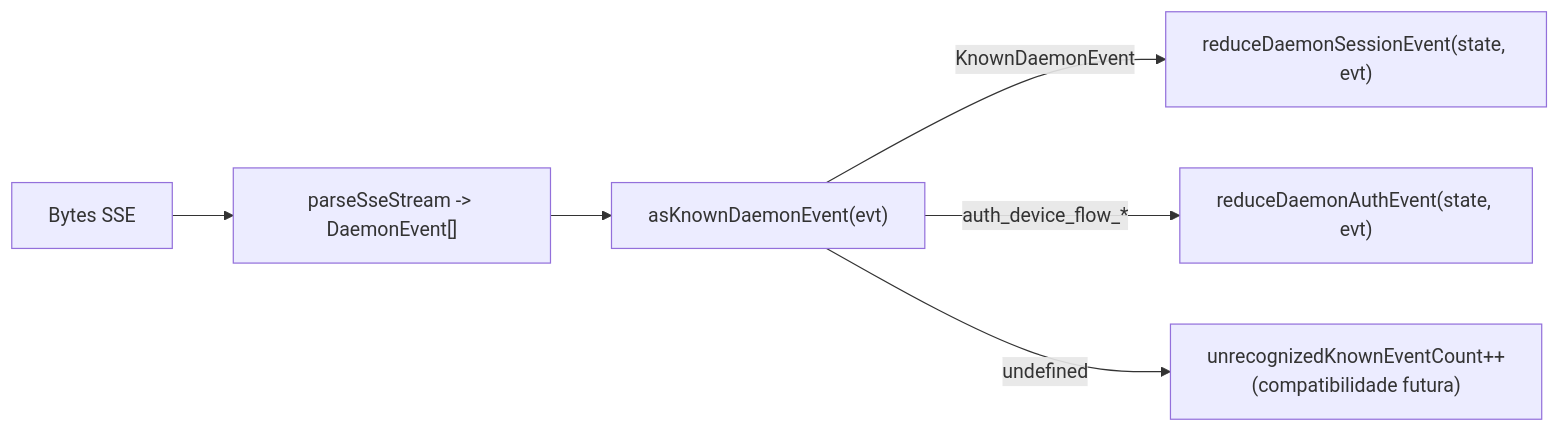
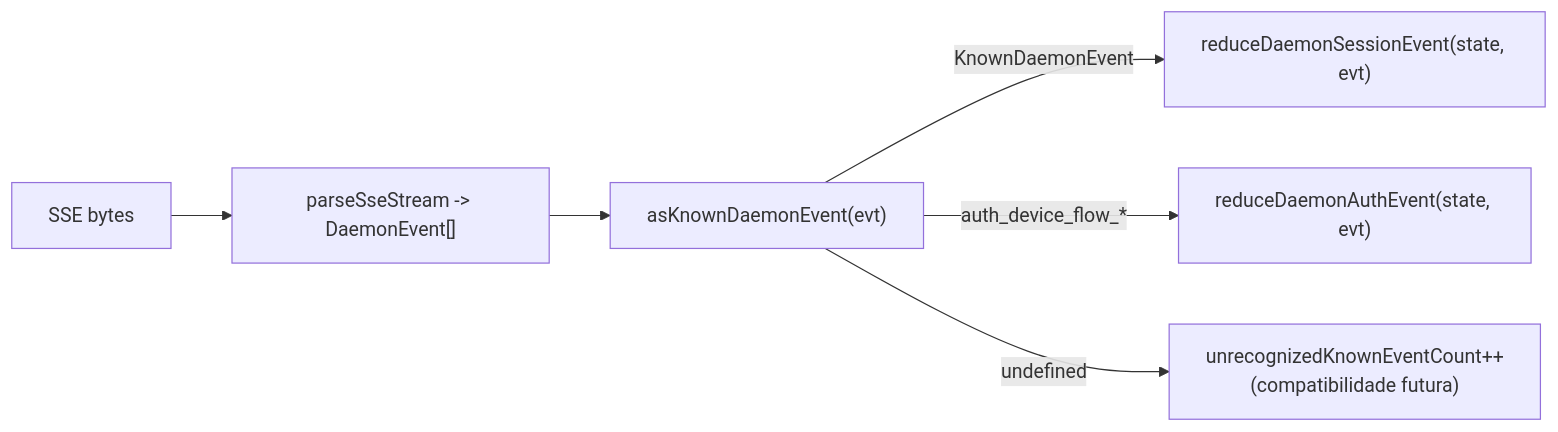
The second of 2 diagrams in website/content/pt-BR/developers/daemon/09-event-schema.md (QwenLM/qwen-code-docs), drawn with Mermaid before and after one commit. The commit also changed other lines of this file and 162 other files, not shown here.

````diff
--- a/website/content/pt-BR/developers/daemon/09-event-schema.md
+++ b/website/content/pt-BR/developers/daemon/09-event-schema.md
@@ -179,8 +193,8 @@
 ```mermaid
 flowchart LR
-    A["Bytes SSE"] --> B["parseSseStream -> DaemonEvent[]"]
+    A["SSE bytes"] --> B["parseSseStream -> DaemonEvent[]"]
     B --> C["asKnownDaemonEvent(evt)"]
     C -->|"KnownDaemonEvent"| D["reduceDaemonSessionEvent(state, evt)"]
     C -->|"auth_device_flow_*"| E["reduceDaemonAuthEvent(state, evt)"]
     C -->|"undefined"| F["unrecognizedKnownEventCount++<br/>(compatibilidade futura)"]
 ```
````
